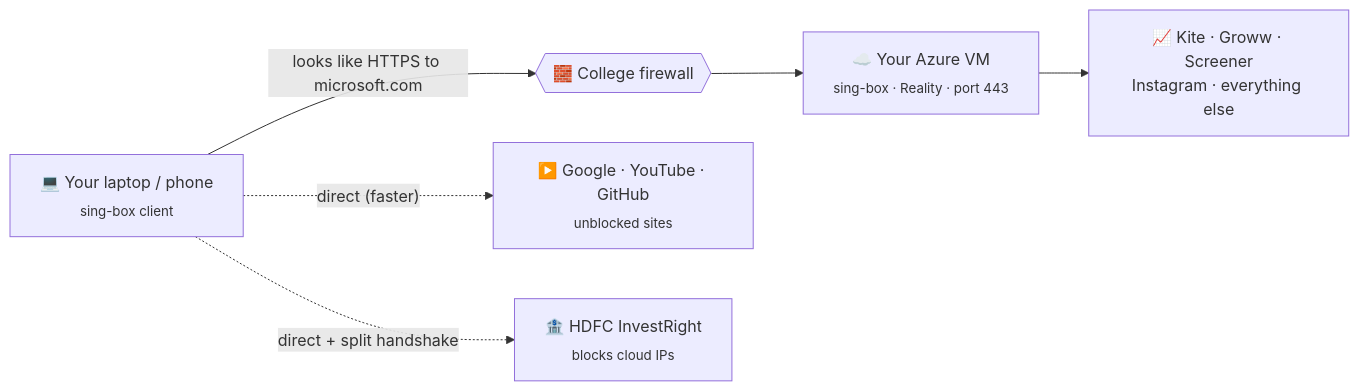
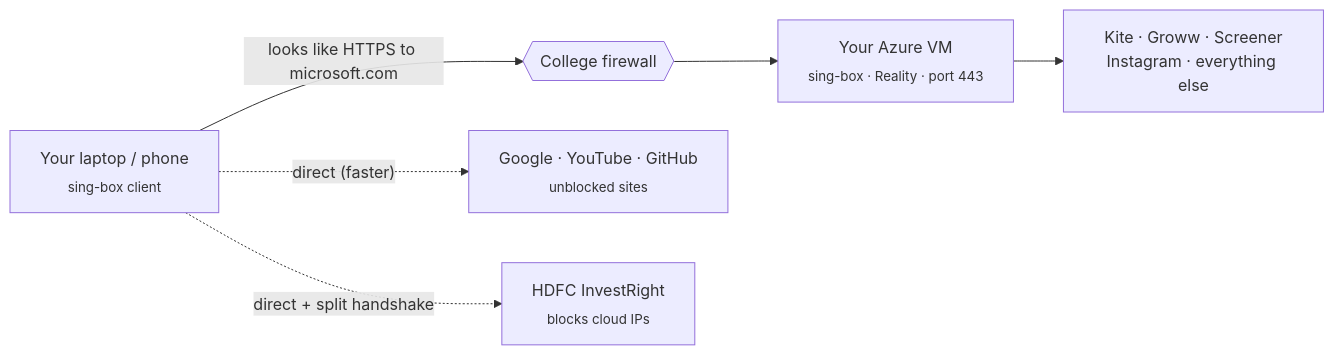
Before and after one commit to prajwal-priyadarshan/reality-tunnel: the diagram in README.md, drawn with Mermaid. The commit also changed other lines of this file, not shown here.

````diff
--- a/README.md
+++ b/README.md
@@ -50,13 +50,13 @@
 ```mermaid
 flowchart LR
-    L["💻 Your laptop / phone<br/><sub>sing-box client</sub>"]
-    F{{"🧱 College firewall"}}
-    S["☁️ Your Azure VM<br/><sub>sing-box · Reality · port 443</sub>"]
-    T["📈 Kite · Groww · Screener<br/>Instagram · everything else"]
-    D["▶️ Google · YouTube · GitHub<br/><sub>unblocked sites</sub>"]
-    H["🏦 HDFC InvestRight<br/><sub>blocks cloud IPs</sub>"]
+    L["Your laptop / phone<br/><sub>sing-box client</sub>"]
+    F{{"College firewall"}}
+    S["Your Azure VM<br/><sub>sing-box · Reality · port 443</sub>"]
+    T["Kite · Groww · Screener<br/>Instagram · everything else"]
+    D["Google · YouTube · GitHub<br/><sub>unblocked sites</sub>"]
+    H["HDFC InvestRight<br/><sub>blocks cloud IPs</sub>"]
 
     L -- "looks like HTTPS to microsoft.com" --> F --> S --> T
     L -. "direct (faster)" .-> D
     L -. "direct + split handshake" .-> H
 ```
````
